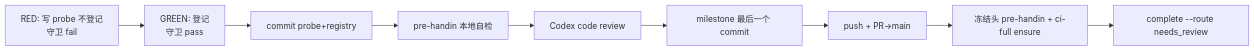
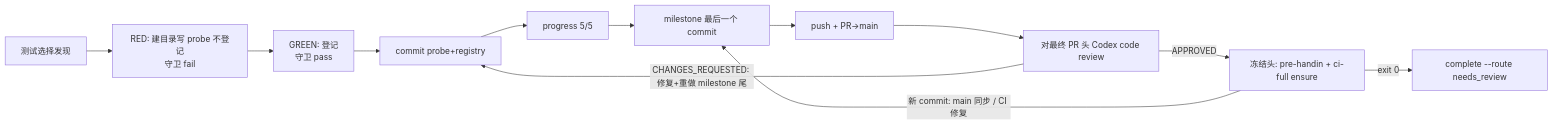
Before and after one commit to xrliAnnie/flywheel-qa-sandbox: the diagram in engineering/doc/FLY-3148-real-runner-handin-fixture/plan.md, drawn with Mermaid. The commit also changed other lines of this file and 1 other file, not shown here.

Commit message:
docs(FLY-3148): address design review round 1 (mkdir, final-head review order, diff base, test discovery)

````diff
--- a/engineering/doc/FLY-3148-real-runner-handin-fixture/plan.md
+++ b/engineering/doc/FLY-3148-real-runner-handin-fixture/plan.md
@@ -19,11 +19,14 @@
 ```mermaid
 graph LR
-  R[RED: 写 probe 不登记<br/>守卫 fail] --> G[GREEN: 登记<br/>守卫 pass]
+  DS[测试选择发现] --> R[RED: 建目录写 probe 不登记<br/>守卫 fail]
+  R --> G[GREEN: 登记<br/>守卫 pass]
   G --> C[commit probe+registry]
-  C --> V[pre-handin 本地自检]
-  V --> CR[Codex code review]
-  CR --> M[milestone 最后一个 commit]
+  C --> L[progress 5/5]
+  L --> M[milestone 最后一个 commit]
   M --> P[push + PR→main]
-  P --> F[冻结头 pre-handin + ci-full ensure]
-  F --> D[complete --route needs_review]
+  P --> CR[对最终 PR 头 Codex code review]
+  CR -->|CHANGES_REQUESTED: 修复+重做 milestone 尾| C
+  CR -->|APPROVED| F[冻结头: pre-handin + ci-full ensure]
+  F -->|新 commit: main 同步 / CI 修复| M
+  F -->|exit 0| D[complete --route needs_review]
 ```
````
